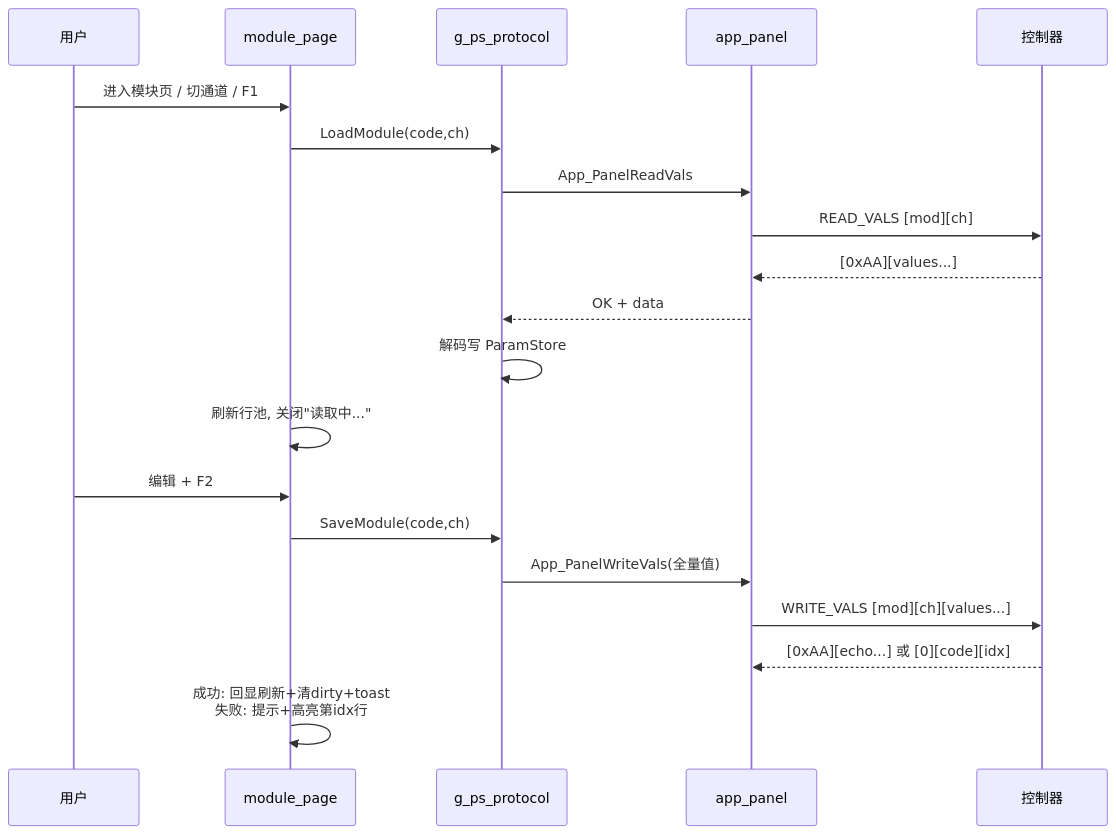
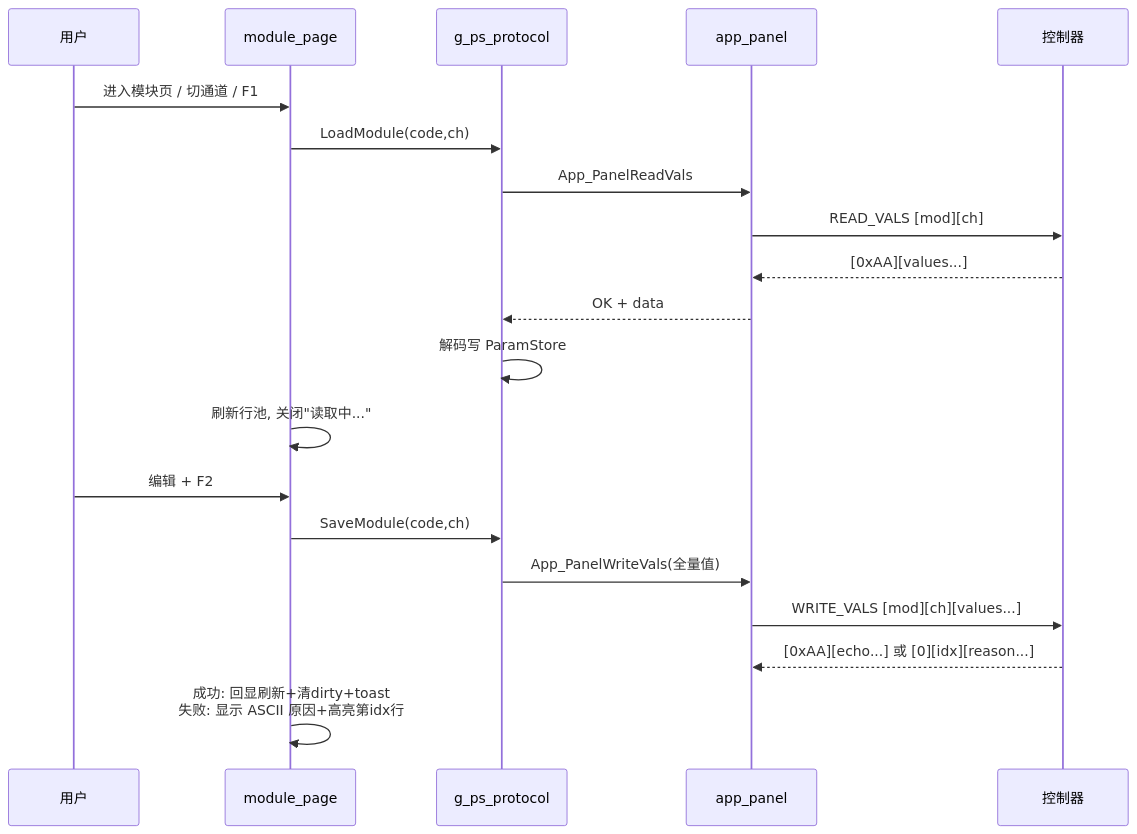
One commit to Siaiai/ObsidianNote changed the second of 2 diagrams in 工作/分拣操作面板/260401S3分拣面板.md. Above: the diagram before and after it, drawn with Mermaid. The commit also changed other lines of this file and 1 other file, not shown here.

````diff
--- a/工作/分拣操作面板/260401S3分拣面板.md
+++ b/工作/分拣操作面板/260401S3分拣面板.md
@@ -362,22 +395,22 @@
 ```mermaid
 sequenceDiagram
     participant U as 用户
     participant P as module_page
     participant S as g_ps_protocol
     participant A as app_panel
     participant C as 控制器
     U->>P: 进入模块页 / 切通道 / F1
     P->>S: LoadModule(code,ch)
     S->>A: App_PanelReadVals
     A->>C: READ_VALS [mod][ch]
     C-->>A: [0xAA][values...]
     A-->>S: OK + data
     S->>S: 解码写 ParamStore
     P->>P: 刷新行池, 关闭"读取中..."
     U->>P: 编辑 + F2
     P->>S: SaveModule(code,ch)
     S->>A: App_PanelWriteVals(全量值)
     A->>C: WRITE_VALS [mod][ch][values...]
-    C-->>A: [0xAA][echo...] 或 [0][code][idx]
-    P->>P: 成功: 回显刷新+清dirty+toast<br/>失败: 提示+高亮第idx行
+    C-->>A: [0xAA][echo...] 或 [0][idx][reason...]
+    P->>P: 成功: 回显刷新+清dirty+toast<br/>失败: 显示 ASCII 原因+高亮第idx行
 ```
````
